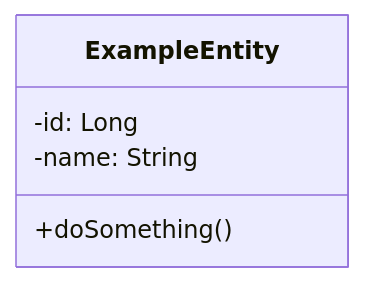
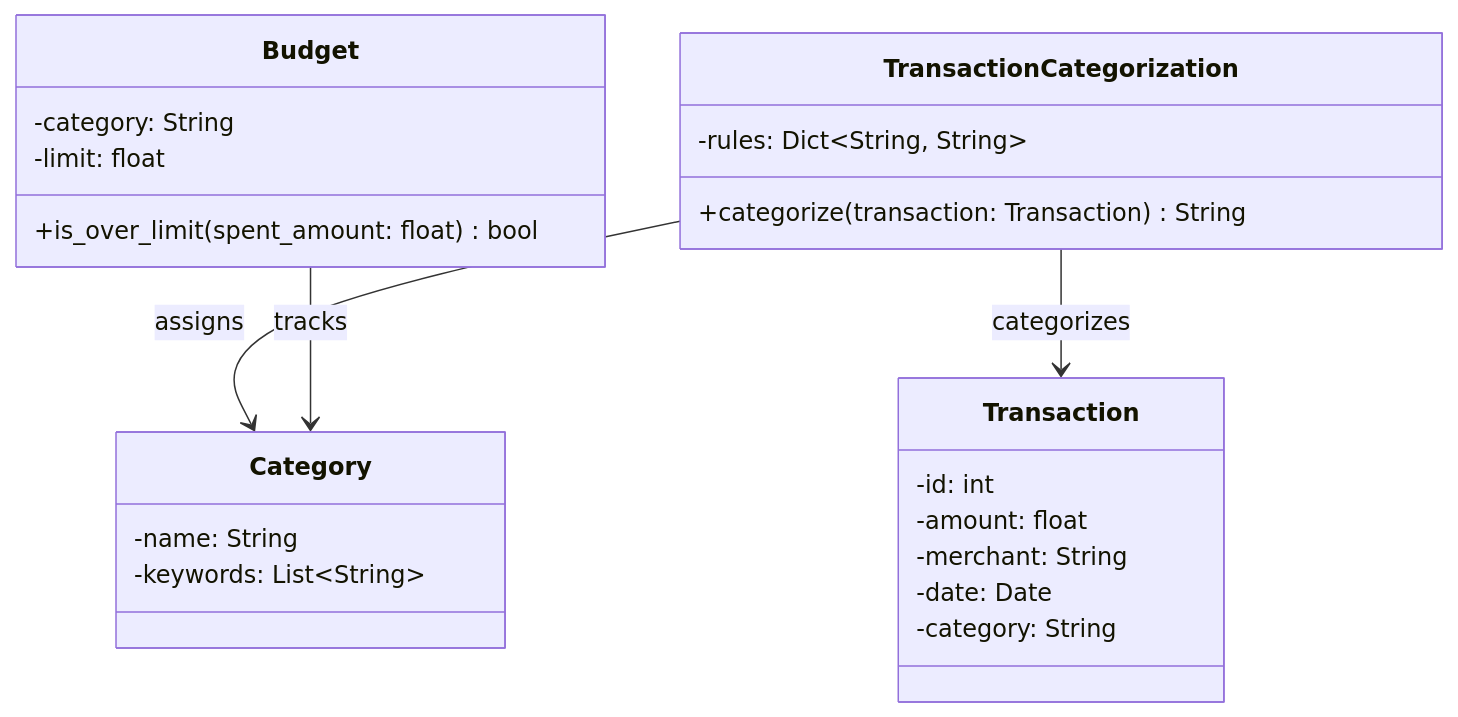
The third of 4 diagrams in README.md (Archacez/cen5064-project-severino), drawn with Mermaid before and after one commit. The commit also changed other lines of this file and 10 other files, not shown here.

First line of the commit message:
feat: add UML class & sequence diagrams

````diff
--- a/README.md
+++ b/README.md
@@ -62,9 +62,31 @@
 ```mermaid
 %% Class diagram: your 3–4 core domain classes.
 classDiagram
-    class ExampleEntity {
-        -id: Long
+    class Transaction {
+        -id: int
+        -amount: float
+        -merchant: String
+        -date: Date
+        -category: String
+    }
+
+    class Category {
         -name: String
-        +doSomething()
+        -keywords: List~String~
     }
+
+    class Budget {
+        -category: String
+        -limit: float
+        +is_over_limit(spent_amount: float) bool
+    }
+
+    class TransactionCategorization {
+        -rules: Dict~String, String~
+        +categorize(transaction: Transaction) String
+    }
+
+    TransactionCategorization --> Transaction : categorizes
+    TransactionCategorization --> Category : assigns
+    Budget --> Category : tracks
 ```
````
